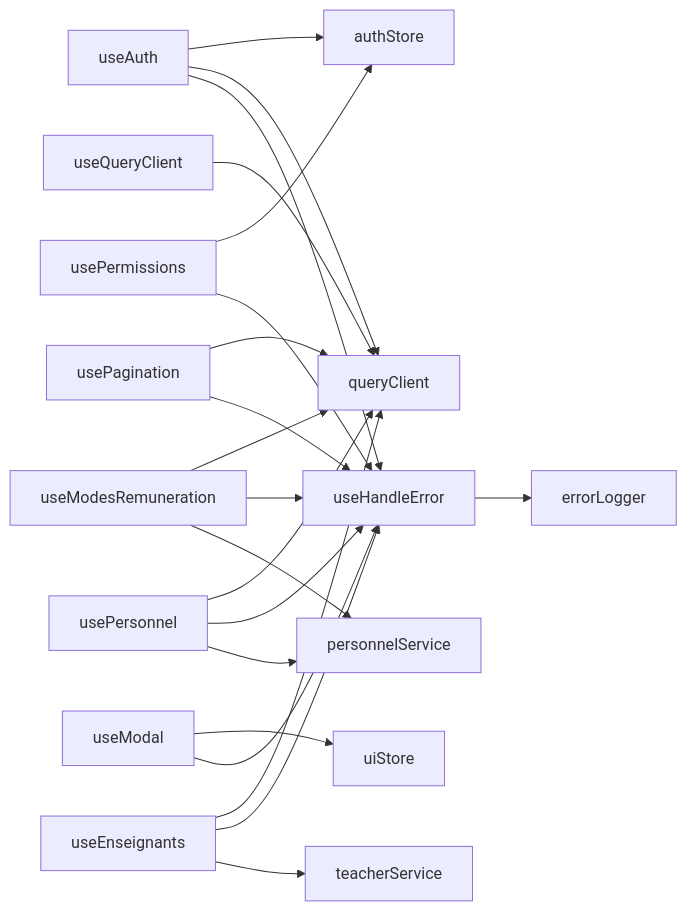
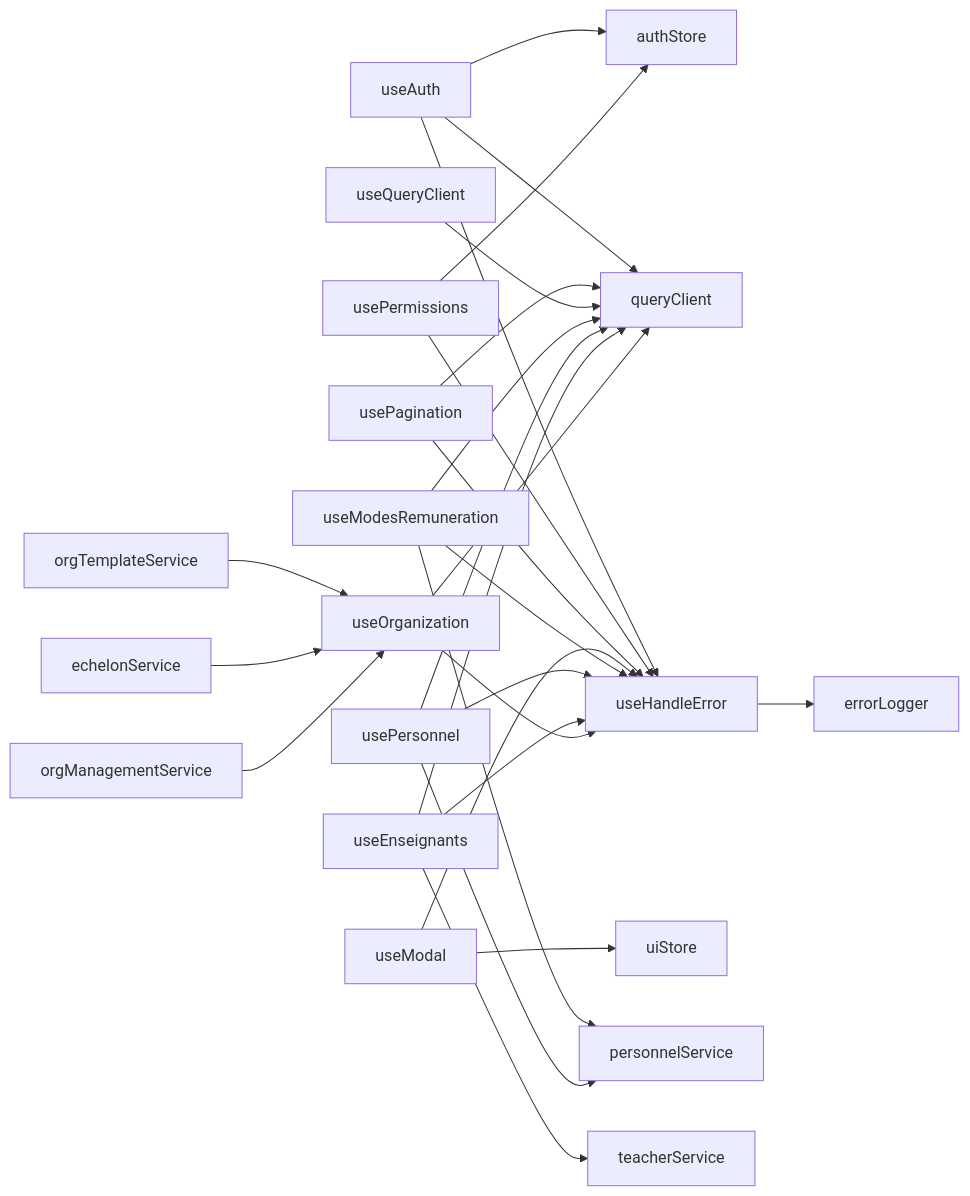
The sixth of 6 diagrams in .qoder/repowiki/en/content/System Architecture/Frontend Architecture/State Management/Custom Hooks Patterns.md (franckylab/eLISAschool), drawn with Mermaid before and after one commit. The commit also changed other lines of this file and 270 other files, not shown here.

````diff
--- a/.qoder/repowiki/en/content/System Architecture/Frontend Architecture/State Management/Custom Hooks Patterns.md
+++ b/.qoder/repowiki/en/content/System Architecture/Frontend Architecture/State Management/Custom Hooks Patterns.md
@@ -613,23 +768,28 @@
 ```mermaid
 graph LR
 A["useAuth"] --> B["authStore"]
 A --> C["queryClient"]
 A --> E["useHandleError"]
 D["usePermissions"] --> B
 D --> E
 E["useHandleError"] --> F["errorLogger"]
 G["usePagination"] --> C
 G --> E
 H["useModal"] --> I["uiStore"]
 H --> E
 J["useQueryClient"] --> C
 K["useModesRemuneration"] --> C
 K --> E
 L["usePersonnel"] --> C
 L --> E
 M["useEnseignants"] --> C
 M --> E
-K --> N["personnelService"]
-L --> N
-M --> O["teacherService"]
+N["useOrganization"] --> C
+N --> E
+O["orgTemplateService"] --> N
+P["echelonService"] --> N
+Q["orgManagementService"] --> N
+K --> R["personnelService"]
+L --> R
+M --> S["teacherService"]
 ```
````
